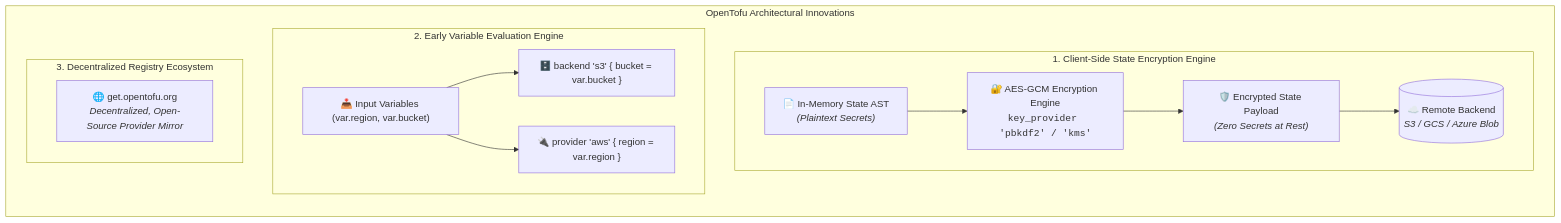
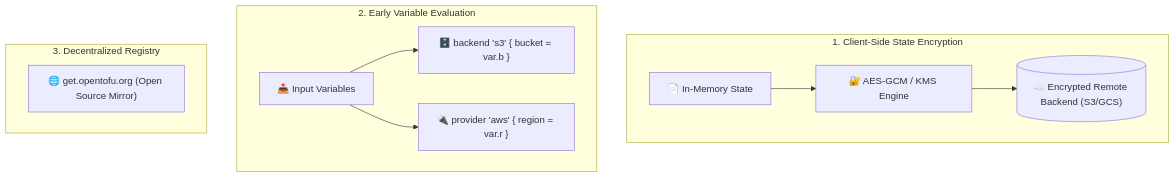
Before and after one commit to dnf0/terralings: the diagram in docs/guides/12-opentofu.md, drawn with Mermaid. The commit also changed other lines of this file and 18 other files, not shown here.

First line of the commit message:
docs(guides): simplify mermaid diagrams and add conceptual breakdowns (#24)

````diff
--- a/docs/guides/12-opentofu.md
+++ b/docs/guides/12-opentofu.md
@@ -17,29 +17,16 @@
 ```mermaid
 flowchart TD
-    subgraph TofuInnovations["OpenTofu Architectural Innovations"]
-        direction TB
-        
-        subgraph EncryptionPipeline["1. Client-Side State Encryption Engine"]
-            direction LR
-            RawState["📄 In-Memory State AST<br/><i>(Plaintext Secrets)</i>"]
-            AES["🔐 AES-GCM Encryption Engine<br/><code>key_provider 'pbkdf2' / 'kms'</code>"]
-            EncryptedState["🛡️ Encrypted State Payload<br/><i>(Zero Secrets at Rest)</i>"]
-            RemoteStorage[("☁️ Remote Backend<br/><i>S3 / GCS / Azure Blob</i>")]
-            
-            RawState --> AES --> EncryptedState --> RemoteStorage
-        end
+    subgraph Encryption["1. Client-Side State Encryption"]
+        State["📄 In-Memory State"] --> AES["🔐 AES-GCM / KMS Engine"]
+        AES --> Backend[("☁️ Encrypted Remote Backend (S3/GCS)")]
+    end
 
-        subgraph EarlyEval["2. Early Variable Evaluation Engine"]
-            VarInputs["📥 Input Variables (var.region, var.bucket)"]
-            BackendBlock["🗄️ backend 's3' { bucket = var.bucket }"]
-            ProviderBlock["🔌 provider 'aws' { region = var.region }"]
-            
-            VarInputs --> BackendBlock
-            VarInputs --> ProviderBlock
-        end
+    subgraph EarlyEval["2. Early Variable Evaluation"]
+        Vars["📥 Input Variables"] --> BackConf["🗄️ backend 's3' { bucket = var.b }"]
+        Vars --> ProvConf["🔌 provider 'aws' { region = var.r }"]
+    end
 
-        subgraph OpenRegistry["3. Decentralized Registry Ecosystem"]
-            OpenReg["🌐 get.opentofu.org<br/><i>Decentralized, Open-Source Provider Mirror</i>"]
-        end
+    subgraph Registry["3. Decentralized Registry"]
+        OpenReg["🌐 get.opentofu.org (Open Source Mirror)"]
     end
 ```
````
